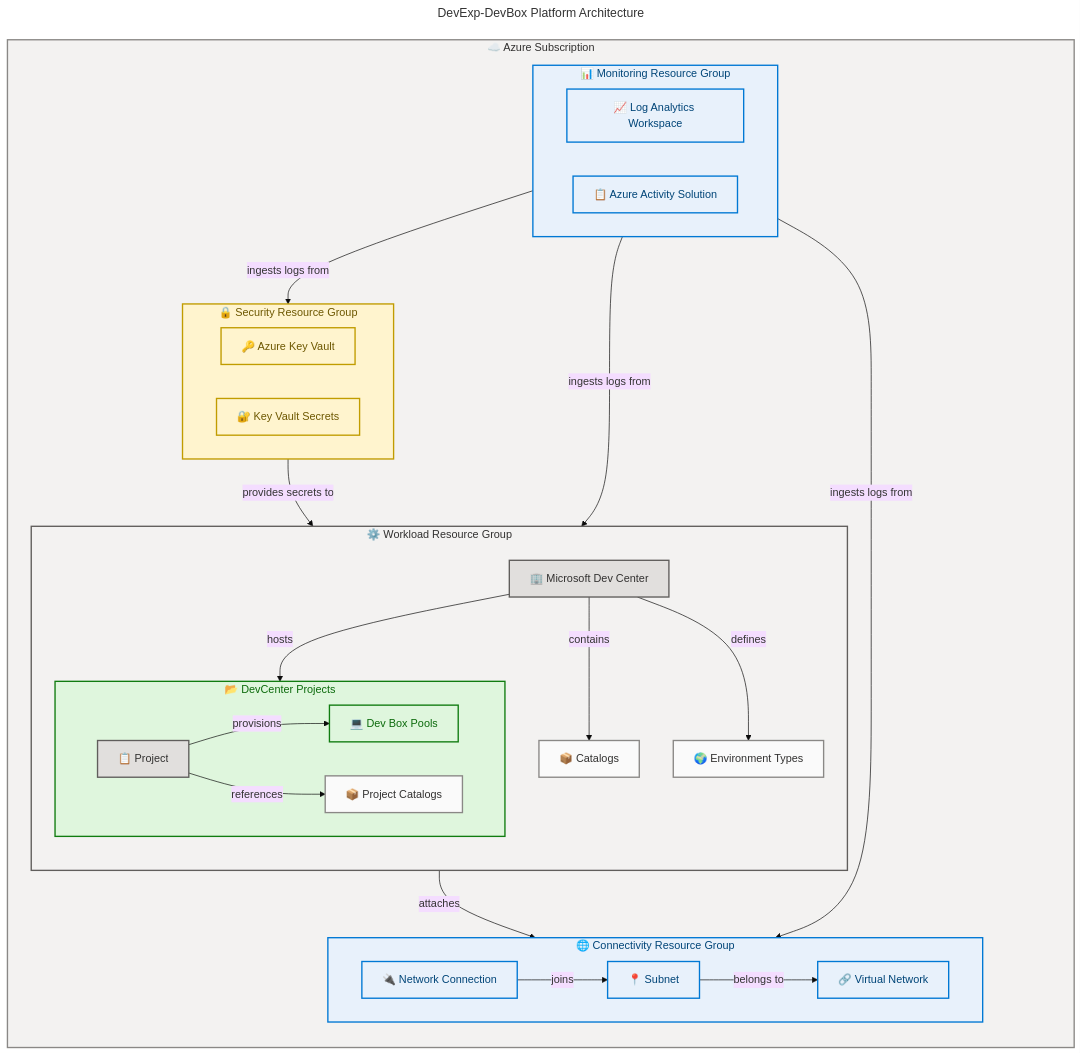
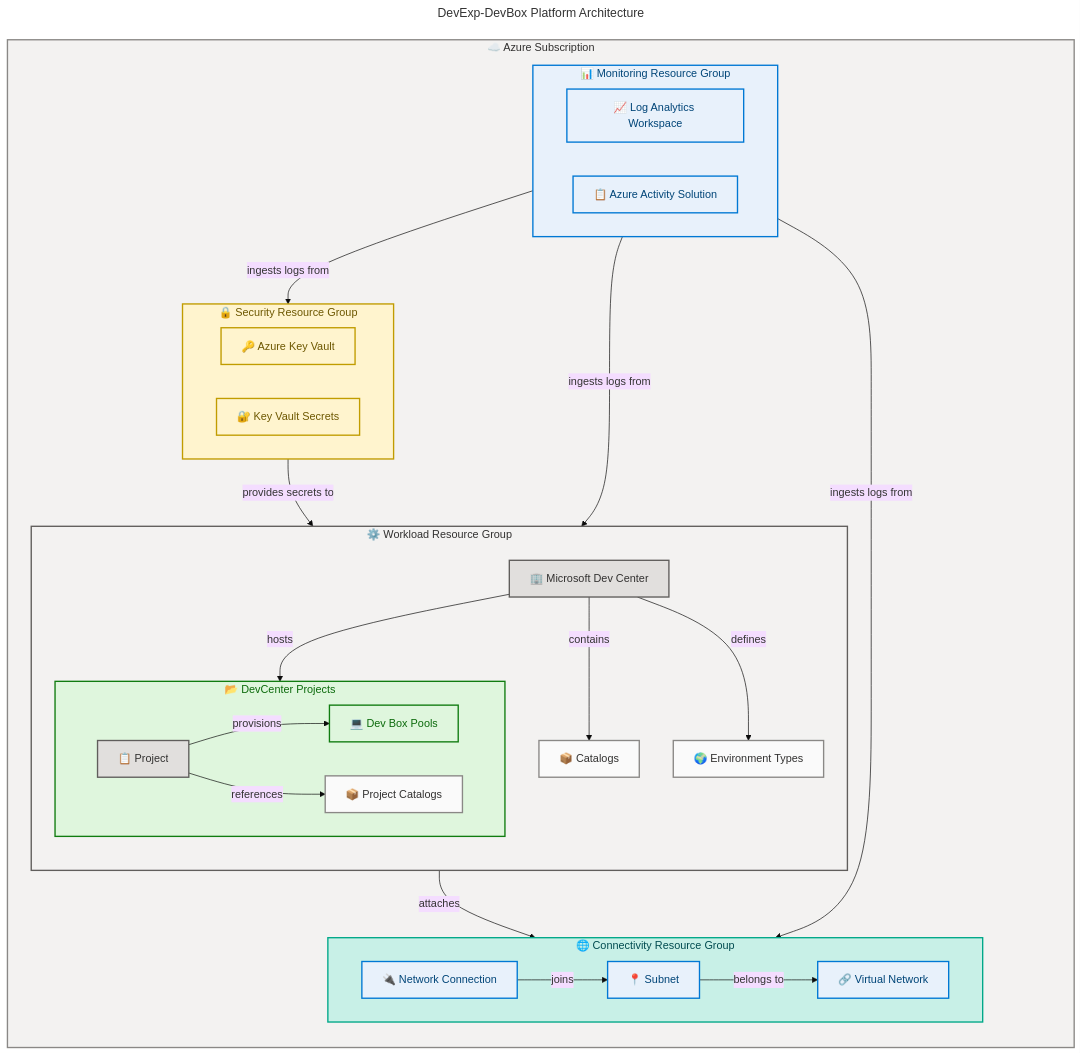
Before and after one commit to Evilazaro/DevExp-DevBox: the first of 2 diagrams in README.md, drawn with Mermaid. The commit also changed other lines of this file, not shown here.

Commit message:
docs: update README.md to enhance flowchart accessibility and styling

```diff
--- a/README.md
+++ b/README.md
@@ -78,12 +78,25 @@
   theme: base
   look: classic
   layout: dagre
+  themeVariables:
+    fontSize: '16px'
   flowchart:
     htmlLabels: true
 ---
 flowchart TB
     accTitle: DevExp-DevBox Platform Architecture
     accDescr: Shows the three-tier landing zone architecture with monitoring, security, and workload resource groups and their component relationships
+
+    %% ═══════════════════════════════════════════════════════════════════════════
+    %% AZURE / FLUENT ARCHITECTURE PATTERN v1.1
+    %% (Semantic + Structural + Font + Accessibility Governance)
+    %% ═══════════════════════════════════════════════════════════════════════════
+    %% PHASE 1 - STRUCTURAL: Direction explicit, flat topology, nesting ≤ 3
+    %% PHASE 2 - SEMANTIC: Colors justified, max 5 semantic classes, neutral-first
+    %% PHASE 3 - FONT: Dark text on light backgrounds, contrast ≥ 4.5:1
+    %% PHASE 4 - ACCESSIBILITY: accTitle/accDescr present, icons on all nodes
+    %% PHASE 5 - STANDARD: Governance block present, classDefs centralized
+    %% ═══════════════════════════════════════════════════════════════════════════
 
     subgraph subscription["☁️ Azure Subscription"]
         direction TB
@@ -140,7 +153,7 @@
     style security fill:#FFF4CE,stroke:#C19C00,stroke-width:2px,color:#6D5700
     style workload fill:#F3F2F1,stroke:#605E5C,stroke-width:2px,color:#323130
     style projects fill:#DFF6DD,stroke:#107C10,stroke-width:2px,color:#0B6A0B
-    style connectivity fill:#E8F1FB,stroke:#0078D4,stroke-width:2px,color:#004578
+    style connectivity fill:#C8F0E7,stroke:#00A889,stroke-width:2px,color:#004B50
 
     classDef core fill:#E1DFDD,stroke:#605E5C,stroke-width:2px,color:#323130
     classDef success fill:#DFF6DD,stroke:#107C10,stroke-width:2px,color:#0B6A0B
```
